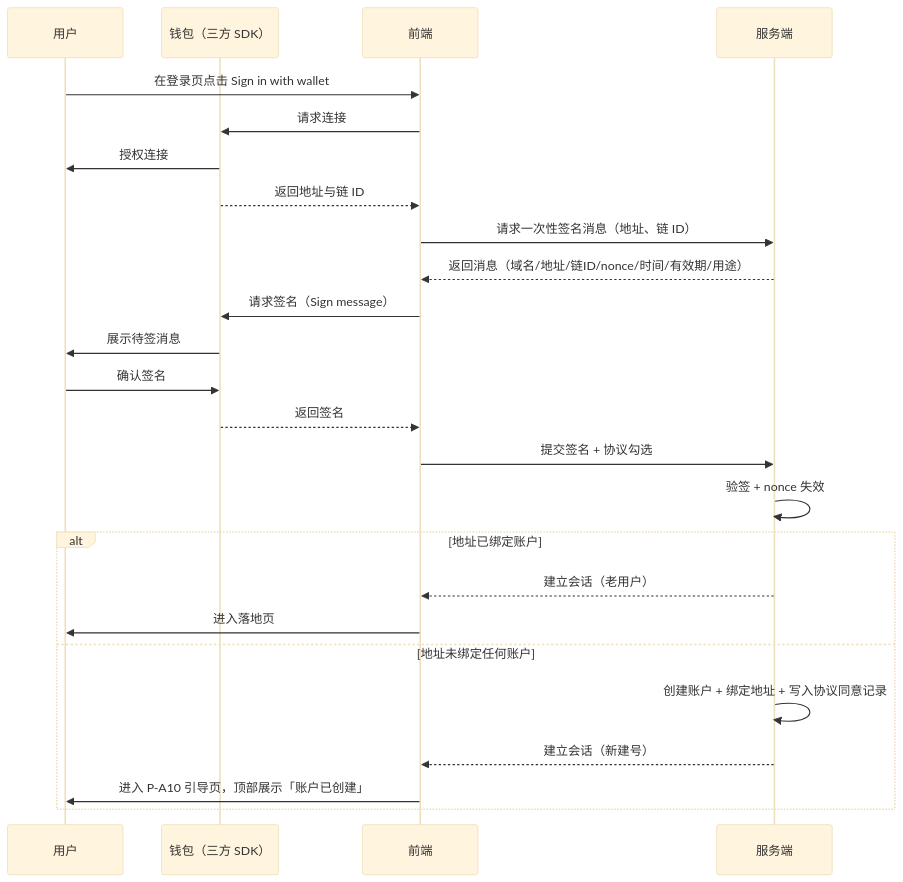
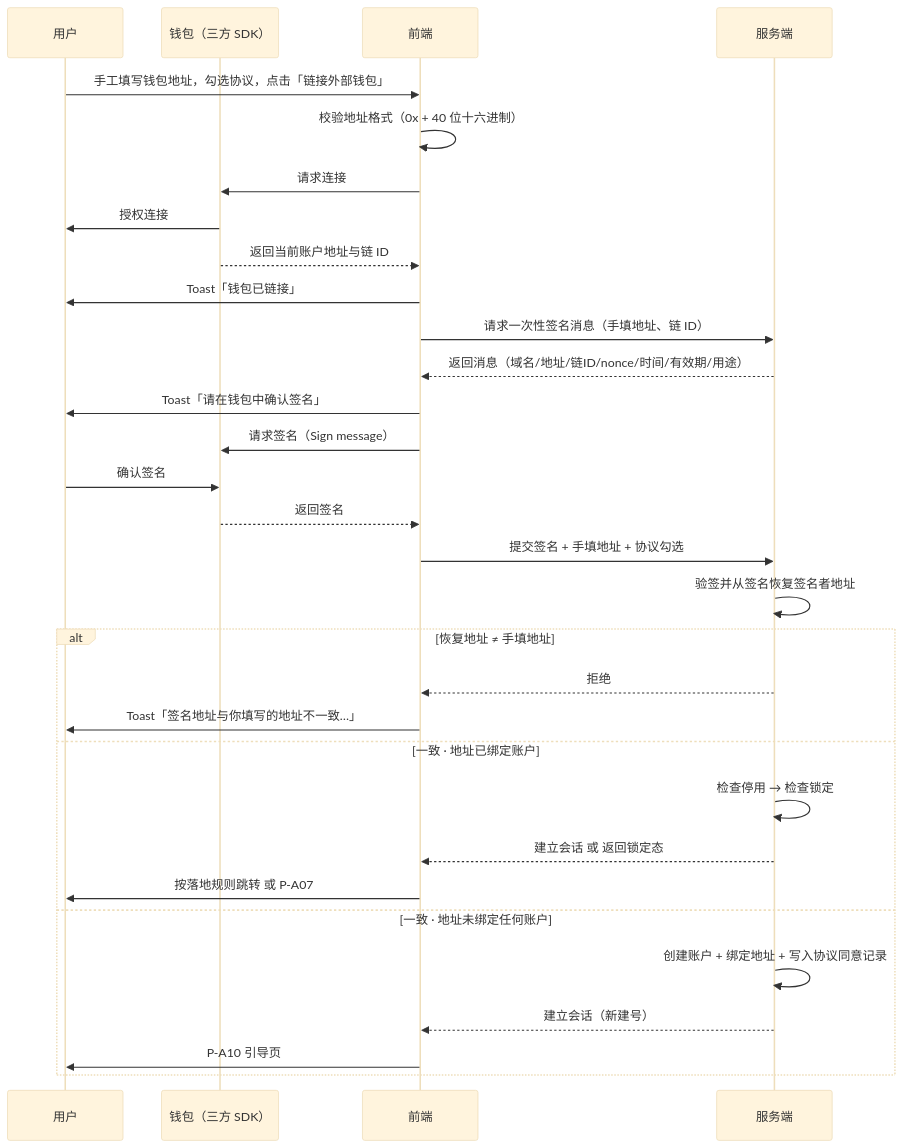
Before and after one commit to wxblockchain/Chain-Financing: the fourth of 11 diagrams in prd/v1.0-账户与登录-PRD.md, drawn with Mermaid (base theme). The commit also changed other lines of this file, not shown here.

````diff
--- a/prd/v1.0-账户与登录-PRD.md
+++ b/prd/v1.0-账户与登录-PRD.md
@@ -1083,27 +1100,33 @@
 ```mermaid
 sequenceDiagram
     participant U as 用户
     participant W as 钱包（三方 SDK）
     participant F as 前端
     participant S as 服务端
-    U->>F: 在登录页点击 Sign in with wallet
+    U->>F: 手工填写钱包地址，勾选协议，点击「链接外部钱包」
+    F->>F: 校验地址格式（0x + 40 位十六进制）
     F->>W: 请求连接
     W->>U: 授权连接
-    W-->>F: 返回地址与链 ID
-    F->>S: 请求一次性签名消息（地址、链 ID）
+    W-->>F: 返回当前账户地址与链 ID
+    F->>U: Toast「钱包已链接」
+    F->>S: 请求一次性签名消息（手填地址、链 ID）
     S-->>F: 返回消息（域名/地址/链ID/nonce/时间/有效期/用途）
+    F->>U: Toast「请在钱包中确认签名」
     F->>W: 请求签名（Sign message）
-    W->>U: 展示待签消息
     U->>W: 确认签名
     W-->>F: 返回签名
-    F->>S: 提交签名 + 协议勾选
-    S->>S: 验签 + nonce 失效
-    alt 地址已绑定账户
-        S-->>F: 建立会话（老用户）
-        F->>U: 进入落地页
-    else 地址未绑定任何账户
+    F->>S: 提交签名 + 手填地址 + 协议勾选
+    S->>S: 验签并从签名恢复签名者地址
+    alt 恢复地址 ≠ 手填地址
+        S-->>F: 拒绝
+        F->>U: Toast「签名地址与你填写的地址不一致…」
+    else 一致 · 地址已绑定账户
+        S->>S: 检查停用 → 检查锁定
+        S-->>F: 建立会话 或 返回锁定态
+        F->>U: 按落地规则跳转 或 P-A07
+    else 一致 · 地址未绑定任何账户
         S->>S: 创建账户 + 绑定地址 + 写入协议同意记录
         S-->>F: 建立会话（新建号）
-        F->>U: 进入 P-A10 引导页，顶部展示「账户已创建」
+        F->>U: P-A10 引导页
     end
 ```
````
